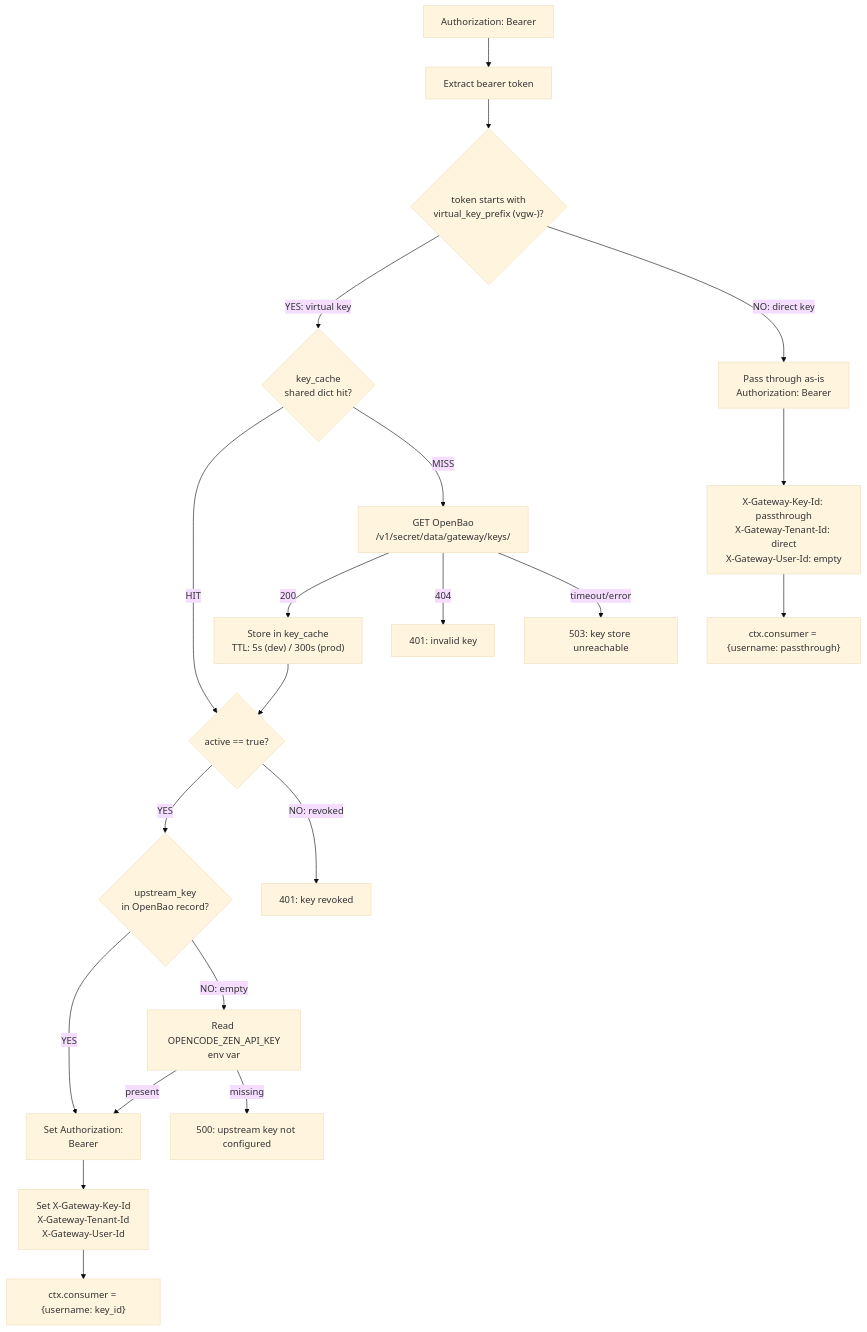
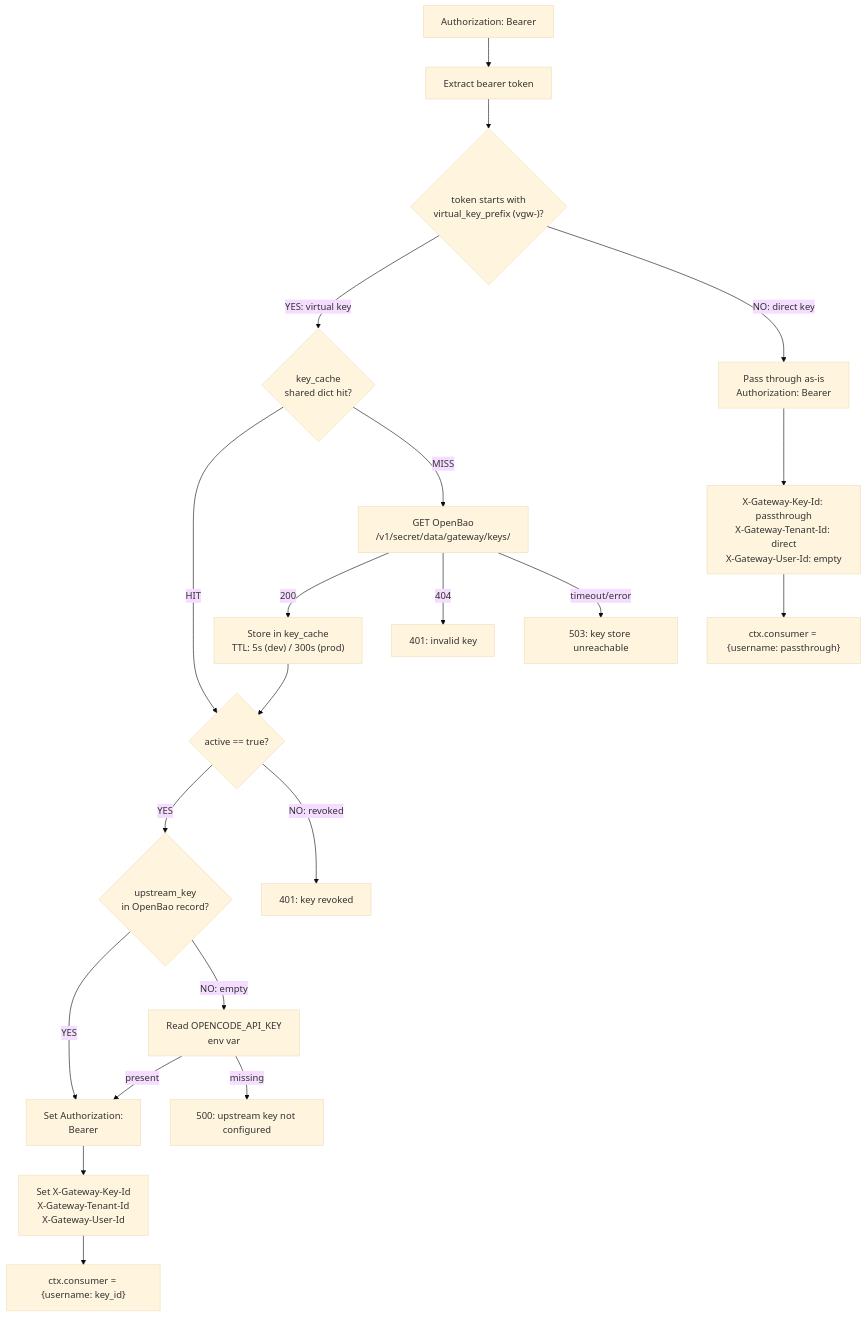
The fourth of 16 diagrams in docs/ARCHITECTURE.md (Independent-AI-Labs/WORKSPACE-GATEWAY), drawn with Mermaid (base theme) before and after one commit. The commit also changed other lines of this file and 42 other files, not shown here.

````diff
--- a/docs/ARCHITECTURE.md
+++ b/docs/ARCHITECTURE.md
@@ -207,28 +240,28 @@
 ```mermaid
 flowchart TD
     START["Authorization: Bearer <token>"] --> EXTRACT["Extract bearer token"]
     EXTRACT --> CHECK_PREFIX{"token starts with<br/>virtual_key_prefix (vgw-)?"}
 
     CHECK_PREFIX -->|"YES: virtual key"| CACHE{"key_cache<br/>shared dict hit?"}
     CACHE -->|"HIT"| VALIDATE_ACTIVE{"active == true?"}
     CACHE -->|"MISS"| OPENBAO["GET OpenBao<br/>/v1/secret/data/gateway/keys/<token>"]
     OPENBAO -->|"200"| CACHE_STORE["Store in key_cache<br/>TTL: 5s (dev) / 300s (prod)"]
     CACHE_STORE --> VALIDATE_ACTIVE
     OPENBAO -->|"404"| REJECT_401["401: invalid key"]
     OPENBAO -->|"timeout/error"| REJECT_503["503: key store unreachable"]
 
     VALIDATE_ACTIVE -->|"YES"| RESOLVE_UPSTREAM{"upstream_key<br/>in OpenBao record?"}
     VALIDATE_ACTIVE -->|"NO: revoked"| REJECT_REVOKED["401: key revoked"]
 
     RESOLVE_UPSTREAM -->|"YES"| INJECT["Set Authorization:<br/>Bearer <upstream_key>"]
-    RESOLVE_UPSTREAM -->|"NO: empty"| ENV_KEY["Read OPENCODE_ZEN_API_KEY<br/>env var"]
+    RESOLVE_UPSTREAM -->|"NO: empty"| ENV_KEY["Read OPENCODE_API_KEY<br/>env var"]
     ENV_KEY -->|"present"| INJECT
     ENV_KEY -->|"missing"| REJECT_500["500: upstream key not configured"]
 
     INJECT --> SET_HEADERS["Set X-Gateway-Key-Id<br/>X-Gateway-Tenant-Id<br/>X-Gateway-User-Id"]
     SET_HEADERS --> SET_CONSUMER["ctx.consumer = {username: key_id}"]
 
     CHECK_PREFIX -->|"NO: direct key"| PASSTHROUGH["Pass through as-is<br/>Authorization: Bearer <token>"]
     PASSTHROUGH --> PT_HEADERS["X-Gateway-Key-Id: passthrough<br/>X-Gateway-Tenant-Id: direct<br/>X-Gateway-User-Id: empty"]
     PT_HEADERS --> PT_CONSUMER["ctx.consumer = {username: passthrough}"]
 ```
````
